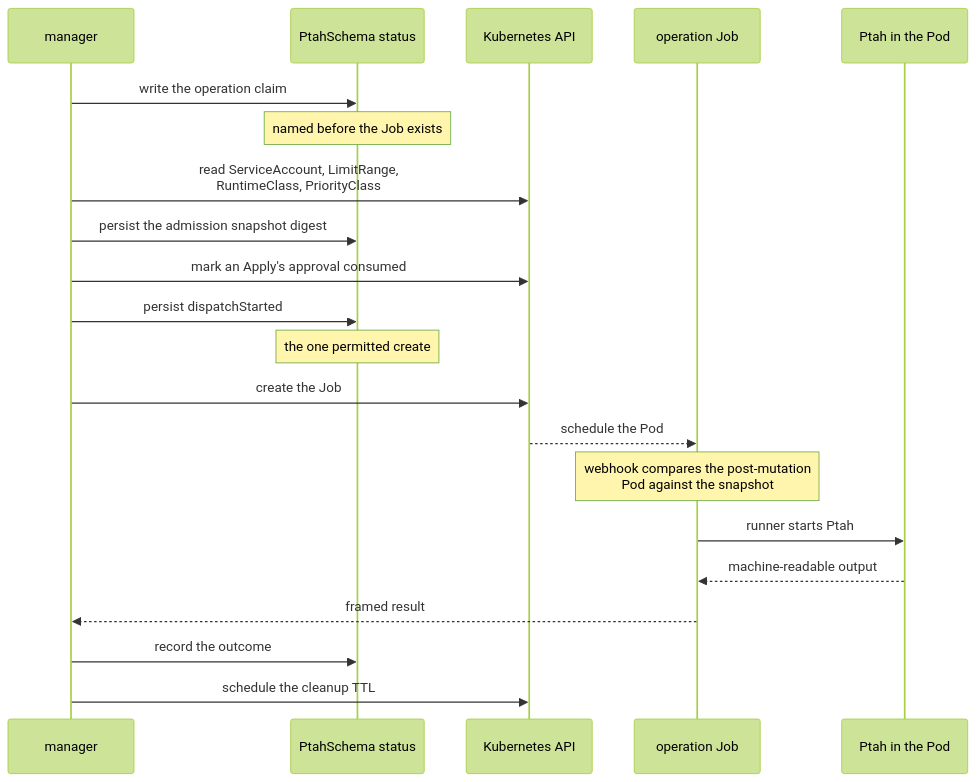
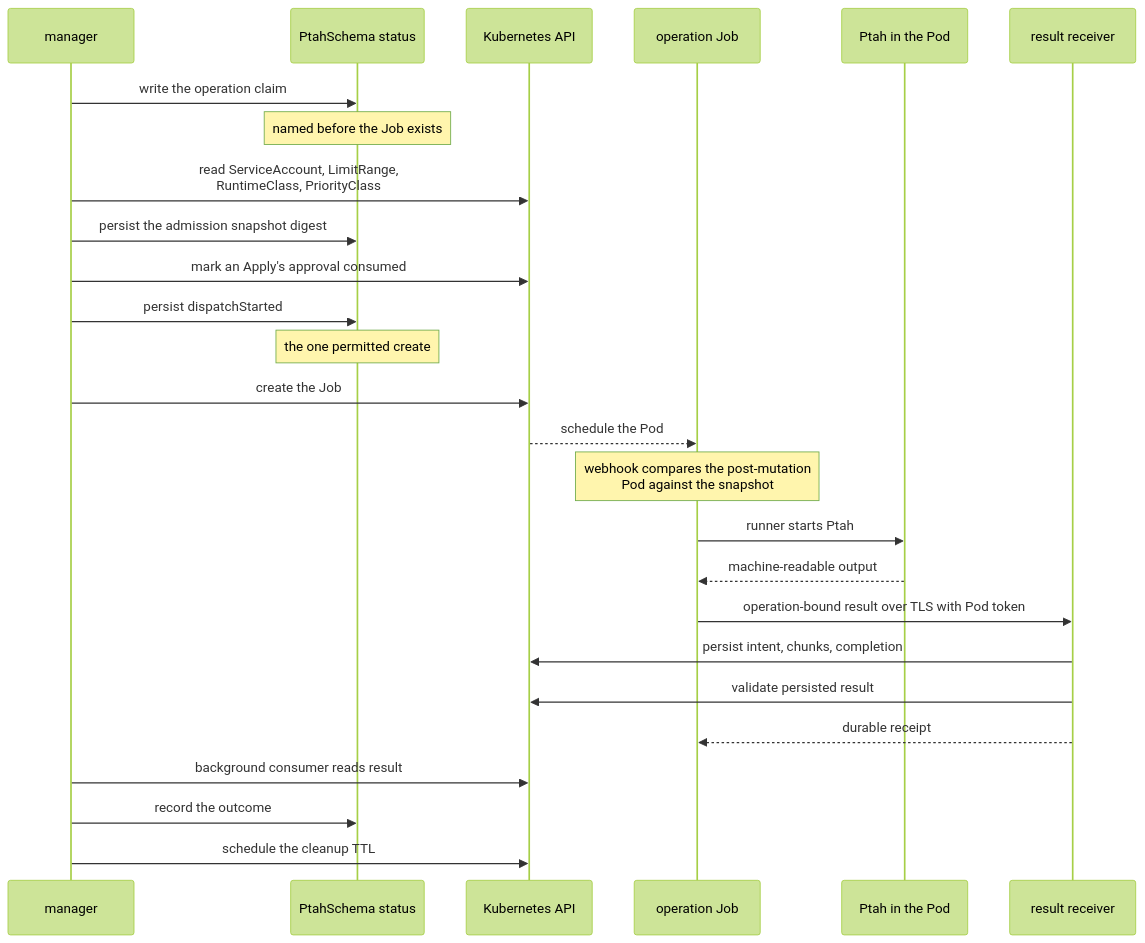
Before and after one commit to stokaro/ptah-operator: the diagram in docs/site/src/content/docs/reference/execution.md, drawn with Mermaid (forest theme). The commit also changed other lines of this file and 795 other files, not shown here.

First line of the commit message:
Qualify 0.2.0 execution and durable result delivery (#585)

````diff
--- a/docs/site/src/content/docs/reference/execution.md
+++ b/docs/site/src/content/docs/reference/execution.md
@@ -14,24 +14,29 @@
 ```mermaid
 sequenceDiagram
   participant C as manager
   participant S as PtahSchema status
   participant K as Kubernetes API
   participant J as operation Job
   participant P as Ptah in the Pod
+  participant R as result receiver
 
   C->>S: write the operation claim
   Note over S: named before the Job exists
   C->>K: read ServiceAccount, LimitRange,<br/>RuntimeClass, PriorityClass
   C->>S: persist the admission snapshot digest
   C->>K: mark an Apply's approval consumed
   C->>S: persist dispatchStarted
   Note over S: the one permitted create
   C->>K: create the Job
   K-->>J: schedule the Pod
   Note over J: webhook compares the post-mutation<br/>Pod against the snapshot
   J->>P: runner starts Ptah
   P-->>J: machine-readable output
-  J-->>C: framed result
+  J->>R: operation-bound result over TLS with Pod token
+  R->>K: persist intent, chunks, completion
+  R->>K: validate persisted result
+  R-->>J: durable receipt
+  C->>K: background consumer reads result
   C->>S: record the outcome
   C->>K: schedule the cleanup TTL
 ```
````
